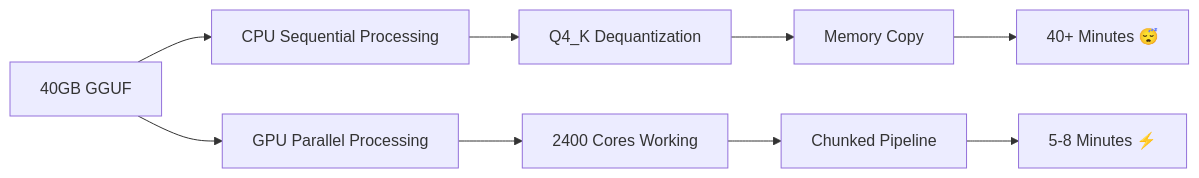
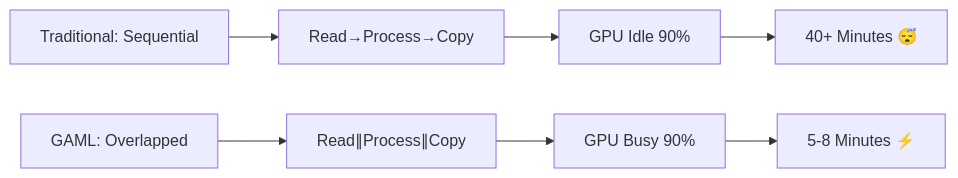
The diagram in README.md (Fimeg/GAML), drawn with Mermaid before and after one commit. The commit also changed other lines of this file and 13 other files, not shown here.

Commit message:
Update GAML implementation with GPU acceleration

````diff
--- a/README.md
+++ b/README.md
@@ -127,12 +120,10 @@
 ```mermaid
 graph LR
-    A[40GB GGUF] --> B[CPU Sequential Processing]
-    B --> C[Q4_K Dequantization]
-    C --> D[Memory Copy]
-    D --> E[40+ Minutes 😴]
+    A[Traditional: Sequential] --> B[Read→Process→Copy]
+    B --> C[GPU Idle 90%]
+    C --> D[40+ Minutes 😴]
     
-    A --> F[GPU Parallel Processing]
-    F --> G[2400 Cores Working]
-    G --> H[Chunked Pipeline] 
-    H --> I[5-8 Minutes ⚡]
+    E[GAML: Overlapped] --> F[Read∥Process∥Copy]
+    F --> G[GPU Busy 90%] 
+    G --> H[5-8 Minutes ⚡]
 ```
````
